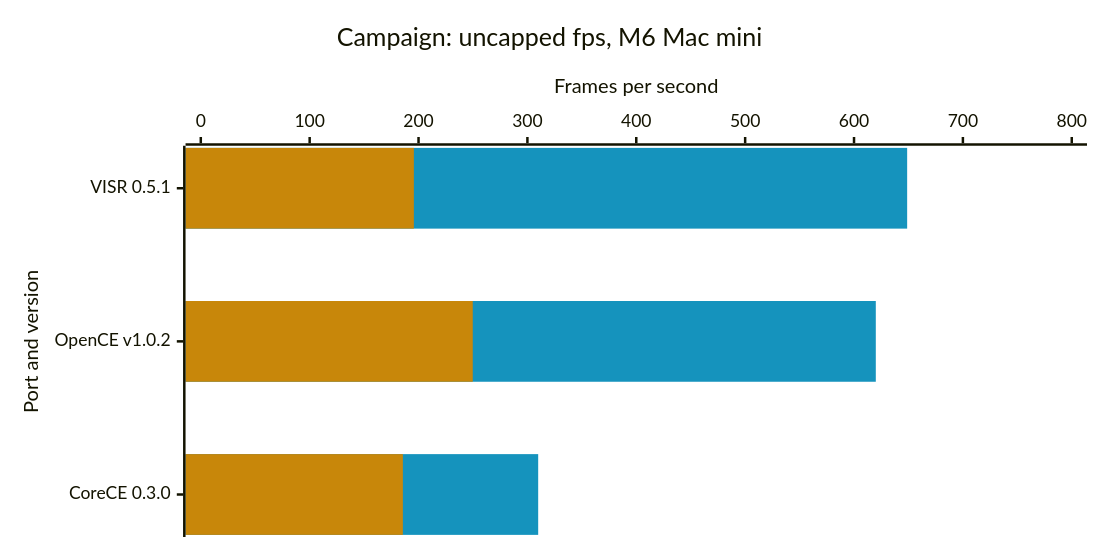
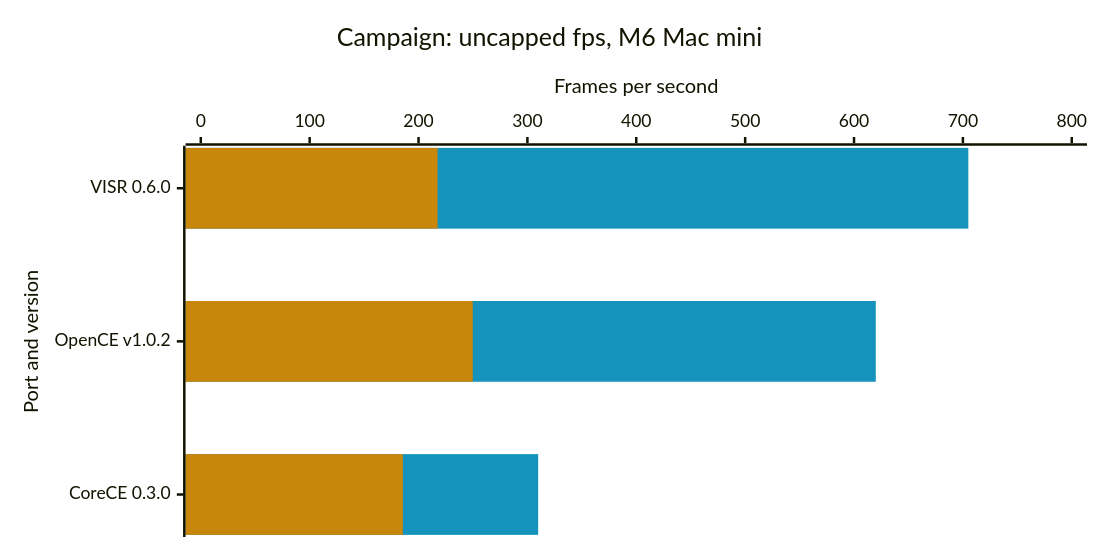
The first of 3 diagrams in docs/benchmarks.md (steverice/halo-ce-ios), drawn with Mermaid before and after one commit. The commit also changed other lines of this file and 16 other files, not shown here.

````diff
--- a/docs/benchmarks.md
+++ b/docs/benchmarks.md
@@ -17,17 +17,17 @@
 ```mermaid
 ---
 config:
   xyChart:
     width: 860
     height: 420
   themeVariables:
     xyChart:
       plotColorPalette: "#1593bd, #c8870a"
 ---
 xychart-beta horizontal
     title "Campaign: uncapped fps, M6 Mac mini"
-    x-axis "Port and version" ["VISR 0.5.1", "OpenCE v1.0.2", "CoreCE 0.3.0"]
+    x-axis "Port and version" ["VISR 0.6.0", "OpenCE v1.0.2", "CoreCE 0.3.0"]
     y-axis "Frames per second" 0 --> 800
-    bar [648.8, 620, 309.9]
-    bar [195.7, 249.8, 185.6]
+    bar [705, 620, 309.9]
+    bar [217.5, 249.8, 185.6]
 ```
````
